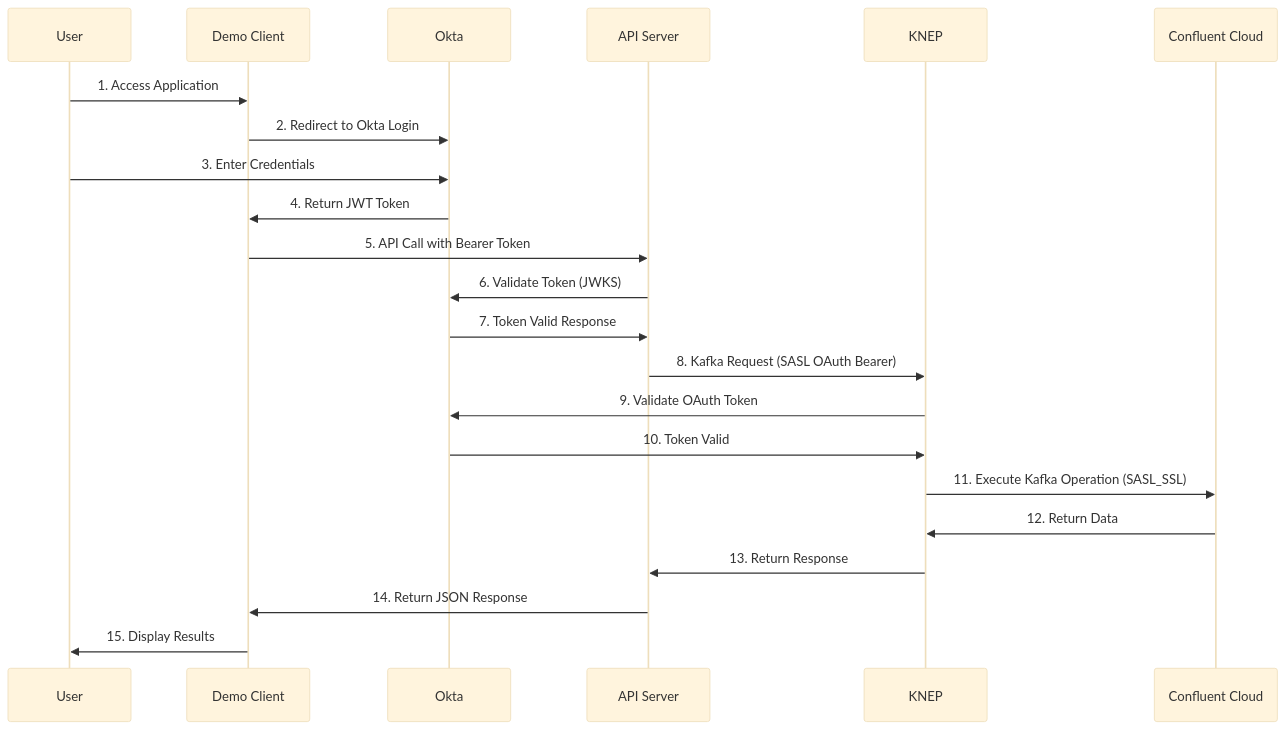
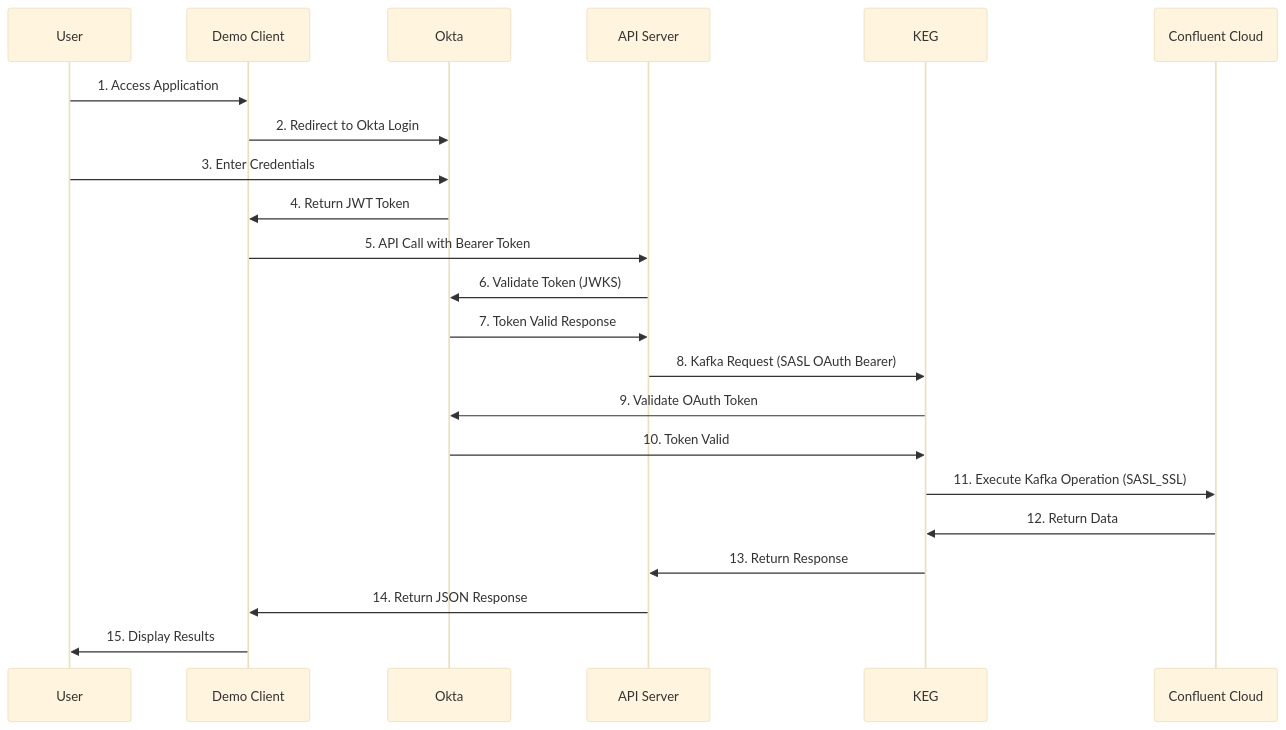
One commit to hguerrero/kong-event-gw-okta-demo changed the second of 5 diagrams in README.md. Above: the diagram before and after it, drawn with Mermaid (base theme). The commit also changed other lines of this file and 8 other files, not shown here.

Commit message:
Refactor references from KNEP to KEG across documentation and configuration files

````diff
--- a/README.md
+++ b/README.md
@@ -76,25 +76,25 @@
 ```mermaid
 sequenceDiagram
     participant U as User
     participant DC as Demo Client
     participant O as Okta
     participant API as API Server
-    participant K as KNEP
+    participant K as KEG
     participant CC as Confluent Cloud
 
     U->>DC: 1. Access Application
     DC->>O: 2. Redirect to Okta Login
     U->>O: 3. Enter Credentials
     O->>DC: 4. Return JWT Token
     DC->>API: 5. API Call with Bearer Token
     API->>O: 6. Validate Token (JWKS)
     O->>API: 7. Token Valid Response
     API->>K: 8. Kafka Request (SASL OAuth Bearer)
     K->>O: 9. Validate OAuth Token
     O->>K: 10. Token Valid
     K->>CC: 11. Execute Kafka Operation (SASL_SSL)
     CC->>K: 12. Return Data
     K->>API: 13. Return Response
     API->>DC: 14. Return JSON Response
     DC->>U: 15. Display Results
 ```
````
